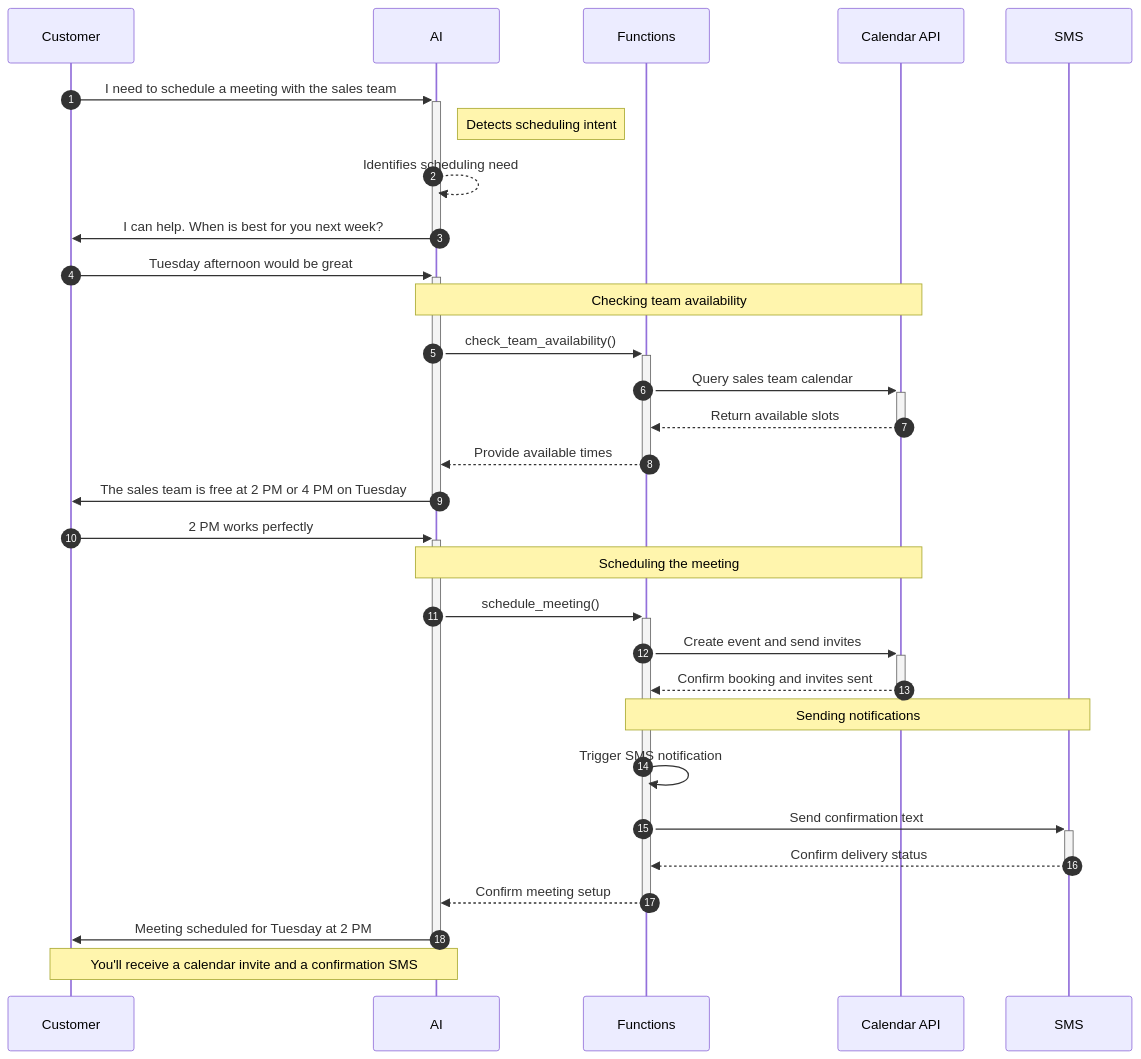
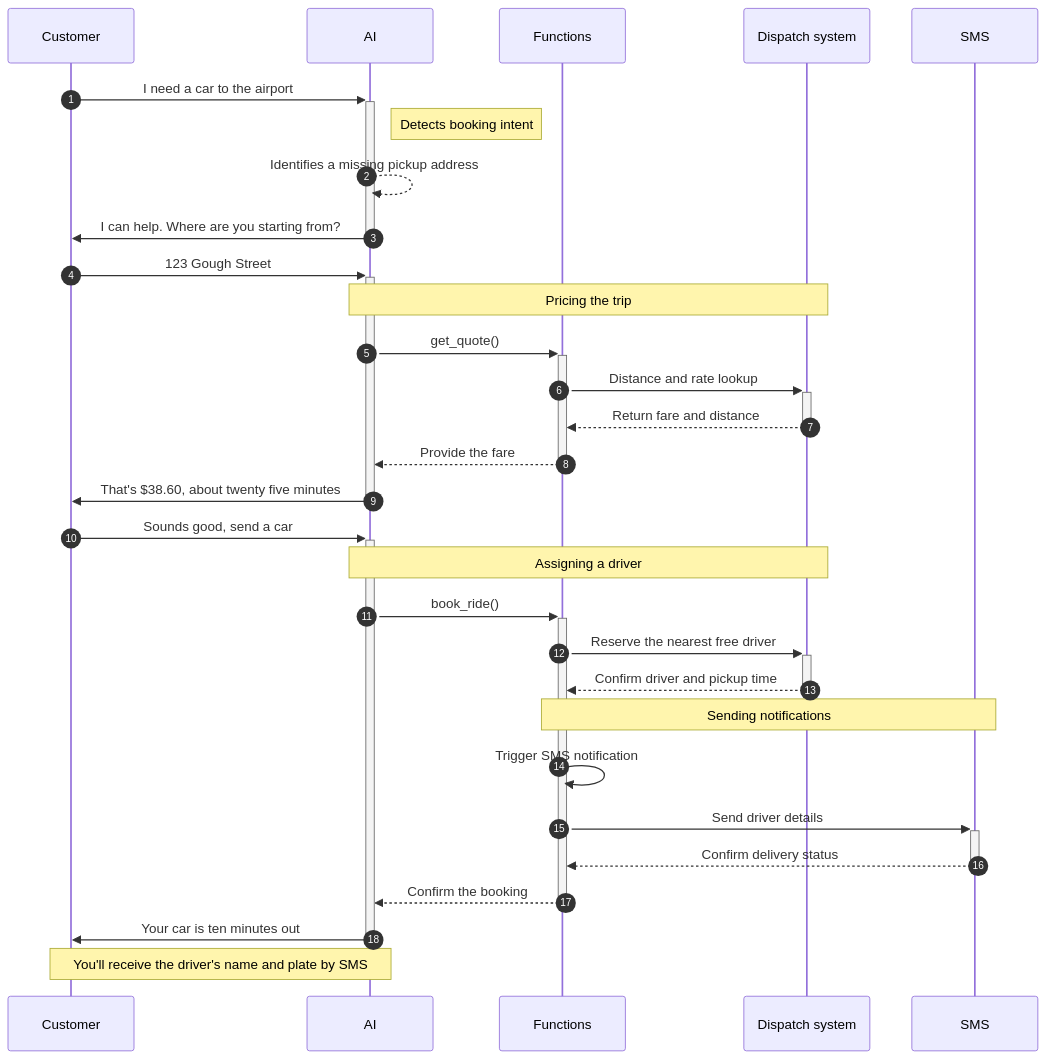
The eighth of 9 diagrams in fern/products/platform/pages/ai/get-started/capabilities/index.mdx (signalwire/docs), drawn with Mermaid before and after one commit. The commit also changed other lines of this file and 8 other files, not shown here.

````diff
--- a/fern/products/platform/pages/ai/get-started/capabilities/index.mdx
+++ b/fern/products/platform/pages/ai/get-started/capabilities/index.mdx
@@ -311,45 +320,45 @@
 ```mermaid
 sequenceDiagram
             autonumber
             
             participant Customer
             participant AI
             participant Functions
-            participant CalAPI as Calendar API
+            participant Dispatch as Dispatch system
             participant SMS
 
             %% Initial Request
-            Customer->>+AI: I need to schedule a meeting with the sales team
-            Note right of AI: Detects scheduling intent
-            AI-->>AI: Identifies scheduling need
-            AI->>-Customer: I can help. When is best for you next week?
+            Customer->>+AI: I need a car to the airport
+            Note right of AI: Detects booking intent
+            AI-->>AI: Identifies a missing pickup address
+            AI->>-Customer: I can help. Where are you starting from?
             
-            %% Time Selection
-            Customer->>+AI: Tuesday afternoon would be great
+            %% Address
+            Customer->>+AI: 123 Gough Street
             
-            %% Availability Check
-            Note over AI,CalAPI: Checking team availability
-            AI->>+Functions: check_team_availability()
-            Functions->>+CalAPI: Query sales team calendar
-            CalAPI-->>-Functions: Return available slots
-            Functions-->>-AI: Provide available times
+            %% Pricing
+            Note over AI,Dispatch: Pricing the trip
+            AI->>+Functions: get_quote()
+            Functions->>+Dispatch: Distance and rate lookup
+            Dispatch-->>-Functions: Return fare and distance
+            Functions-->>-AI: Provide the fare
             
-            AI->>-Customer: The sales team is free at 2 PM or 4 PM on Tuesday
-            Customer->>+AI: 2 PM works perfectly
+            AI->>-Customer: That's $38.60, about twenty five minutes
+            Customer->>+AI: Sounds good, send a car
             
-            %% Meeting Setup
-            Note over AI,CalAPI: Scheduling the meeting
-            AI->>+Functions: schedule_meeting()
-            Functions->>+CalAPI: Create event and send invites
-            CalAPI-->>-Functions: Confirm booking and invites sent
+            %% Dispatch
+            Note over AI,Dispatch: Assigning a driver
+            AI->>+Functions: book_ride()
+            Functions->>+Dispatch: Reserve the nearest free driver
+            Dispatch-->>-Functions: Confirm driver and pickup time
             
             %% Notifications
             Note over Functions,SMS: Sending notifications
             Functions->>Functions: Trigger SMS notification
-            Functions->>+SMS: Send confirmation text
+            Functions->>+SMS: Send driver details
             SMS-->>-Functions: Confirm delivery status
             
-            Functions-->>-AI: Confirm meeting setup
-            AI->>-Customer: Meeting scheduled for Tuesday at 2 PM
-            Note over Customer,AI: You'll receive a calendar invite and a confirmation SMS
+            Functions-->>-AI: Confirm the booking
+            AI->>-Customer: Your car is ten minutes out
+            Note over Customer,AI: You'll receive the driver's name and plate by SMS
 ```
````
